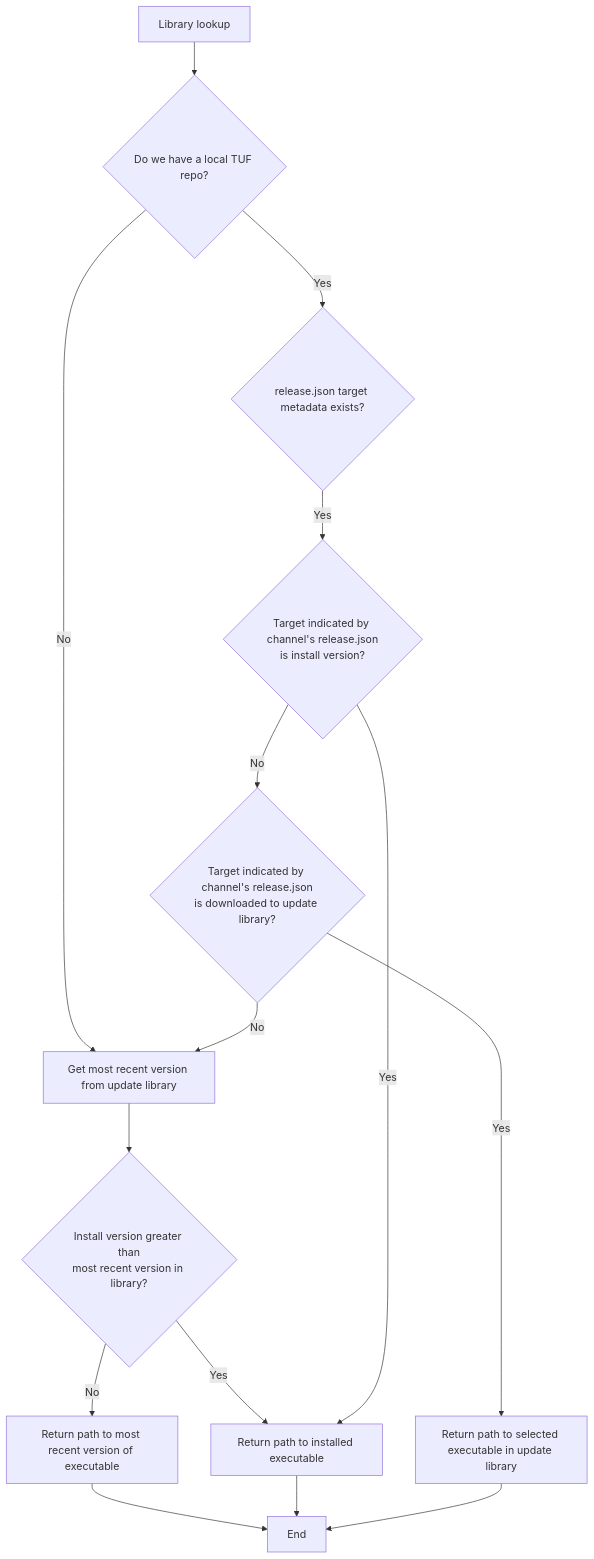
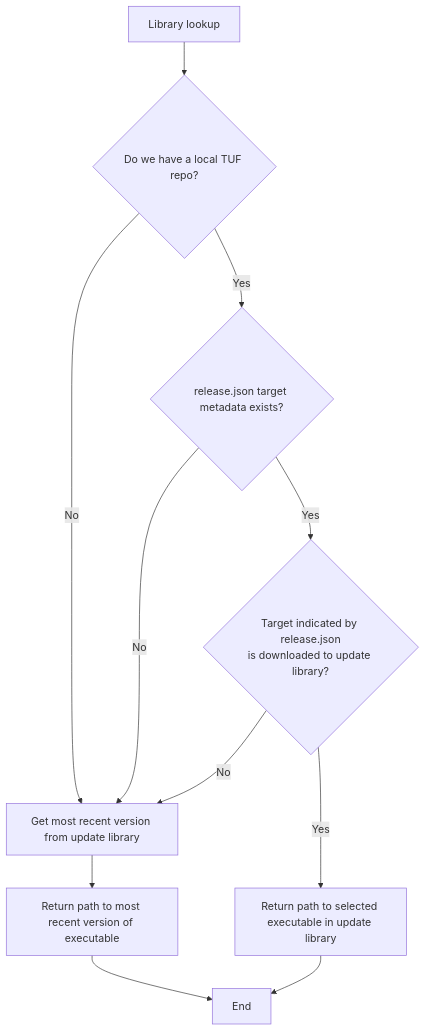
One commit to kolide/launcher changed the diagram in docs/architecture/library_lookup.md. Above: the diagram before and after it, drawn with Mermaid.

````diff
--- a/docs/architecture/library_lookup.md
+++ b/docs/architecture/library_lookup.md
@@ -11,17 +11,13 @@
 ```mermaid
 flowchart TB
     A[Library lookup] --> B{Do we have a local TUF repo?}
     B ---->|No| C[Get most recent version from update library]
-    C --> D{Install version greater than\nmost recent version in library?}
-    D -->|No| I[Return path to most recent version of executable]
-    I --> J[End]
-    D -->|Yes| H[Return path to installed executable]
-    H --> J
+    C --> D[Return path to most recent version of executable]
+    D --> H[End]
     B -->|Yes| E{release.json target metadata exists?}
-    E --> |Yes| F{Target indicated by channel's release.json\nis install version?}
-    F --> |Yes| H
-    F --> |No| K{Target indicated by channel's release.json\nis downloaded to update library?}
-    K --> |Yes| G[Return path to selected executable in update library]
-    K --> |No| C
-    G --> J
+    E -->|No| C
+    E --> |Yes| F{Target indicated by release.json\nis downloaded to update library?}
+    F --> |Yes| G[Return path to selected executable in update library]
+    F --> |No| C
+    G --> H
 ```
````
